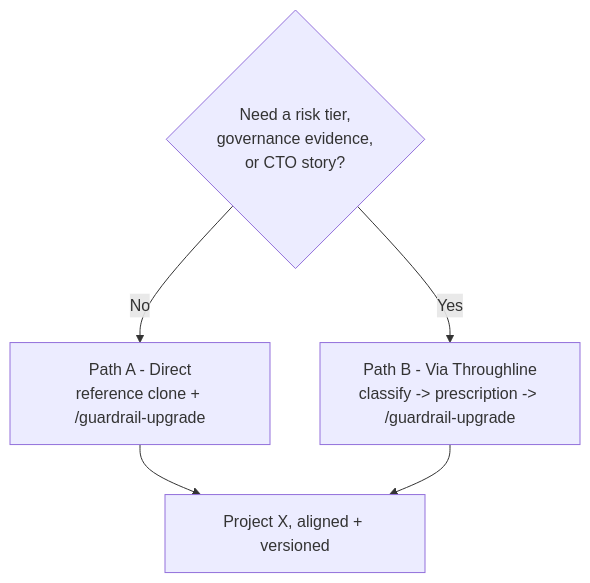
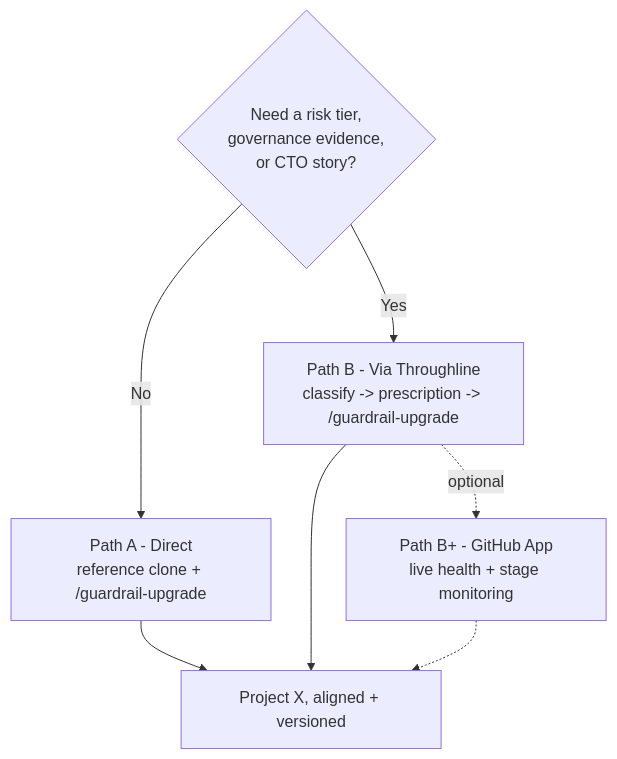
One commit to AGM82/cursor-guardrails changed the diagram in docs/connect-guardrails.md. Above: the diagram before and after it, drawn with Mermaid. The commit also changed other lines of this file and 6 other files, not shown here.

First line of the commit message:
feat(throughline): add lifecycleStages manifest data + Path B+ GitHub App integration prompt

````diff
--- a/docs/connect-guardrails.md
+++ b/docs/connect-guardrails.md
@@ -18,8 +20,10 @@
 ```mermaid
 flowchart TD
   choose{"Need a risk tier,\ngovernance evidence,\nor CTO story?"}
   choose -->|No| pathA["Path A - Direct\nreference clone + /guardrail-upgrade"]
   choose -->|Yes| pathB["Path B - Via Throughline\nclassify -> prescription -> /guardrail-upgrade"]
   pathA --> projX["Project X, aligned + versioned"]
   pathB --> projX
+  pathB -.->|optional| pathBplus["Path B+ - GitHub App\nlive health + stage monitoring"]
+  pathBplus -.-> projX
 ```
````
